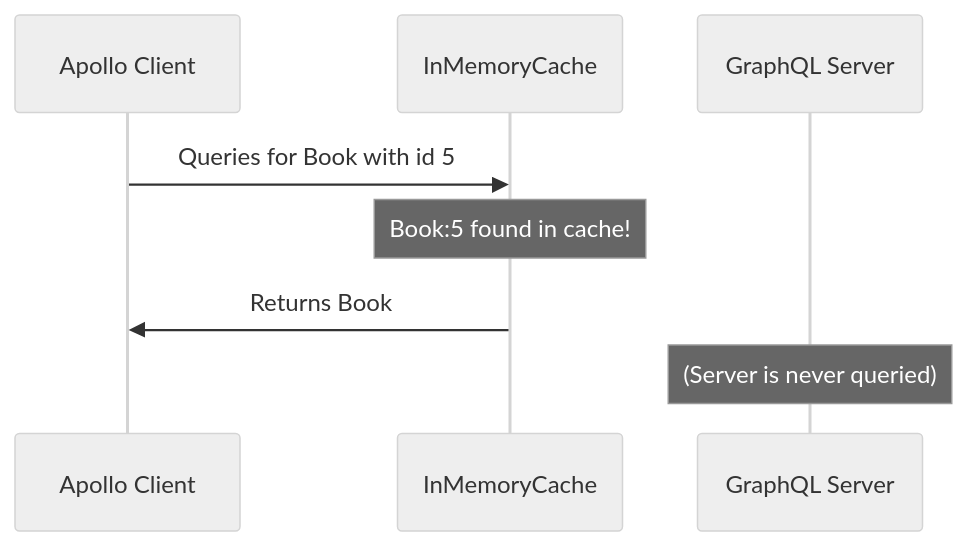
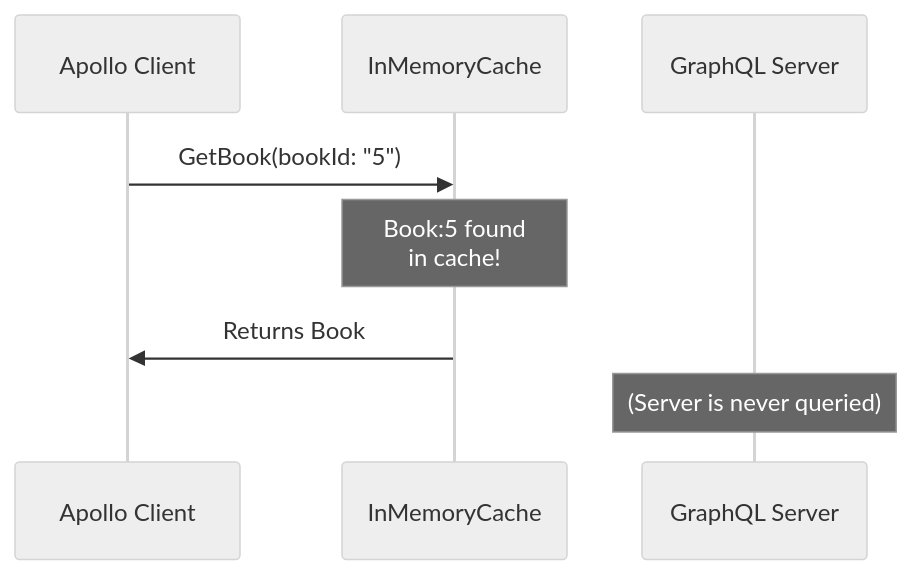
One commit to apollographql/apollo-client changed the second of 2 diagrams in docs/source/caching/overview.mdx. Above: the diagram before and after it, drawn with Mermaid (neutral theme). The commit also changed other lines of this file and 2 other files, not shown here.

````diff
--- a/docs/source/caching/overview.mdx
+++ b/docs/source/caching/overview.mdx
@@ -22,7 +22,7 @@
 ```mermaid
 sequenceDiagram
-  Apollo Client->>InMemoryCache: Queries for Book with id 5
-  Note over InMemoryCache: Book:5 found in cache!
+  Apollo Client->>InMemoryCache: GetBook(bookId: "5")
+  Note over InMemoryCache: Book:5 found<br/>in cache!
   InMemoryCache->>Apollo Client: Returns Book
   Note over GraphQL Server: (Server is never queried)
 ```
````
